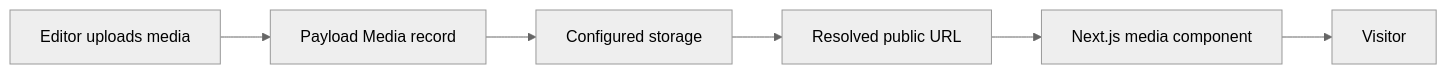
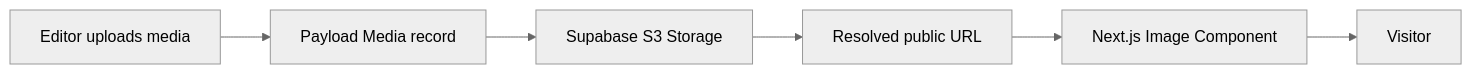
One commit to xvonpat/patrik-von-porat-portfolio changed the second of 2 diagrams in docs/ai/TECHNICAL_SYSTEM.md. Above: the diagram before and after it, drawn with Mermaid (neutral theme). The commit also changed other lines of this file and 12 other files, not shown here.

````diff
--- a/docs/ai/TECHNICAL_SYSTEM.md
+++ b/docs/ai/TECHNICAL_SYSTEM.md
@@ -297,8 +131,8 @@
 ```mermaid
 flowchart LR
     E["Editor uploads media"] --> PM["Payload Media record"]
-    PM --> ST["Configured storage"]
+    PM --> ST["Supabase S3 Storage"]
     ST --> URL["Resolved public URL"]
-    URL --> NX["Next.js media component"]
+    URL --> NX["Next.js Image Component"]
     NX --> V["Visitor"]
 ```
````
